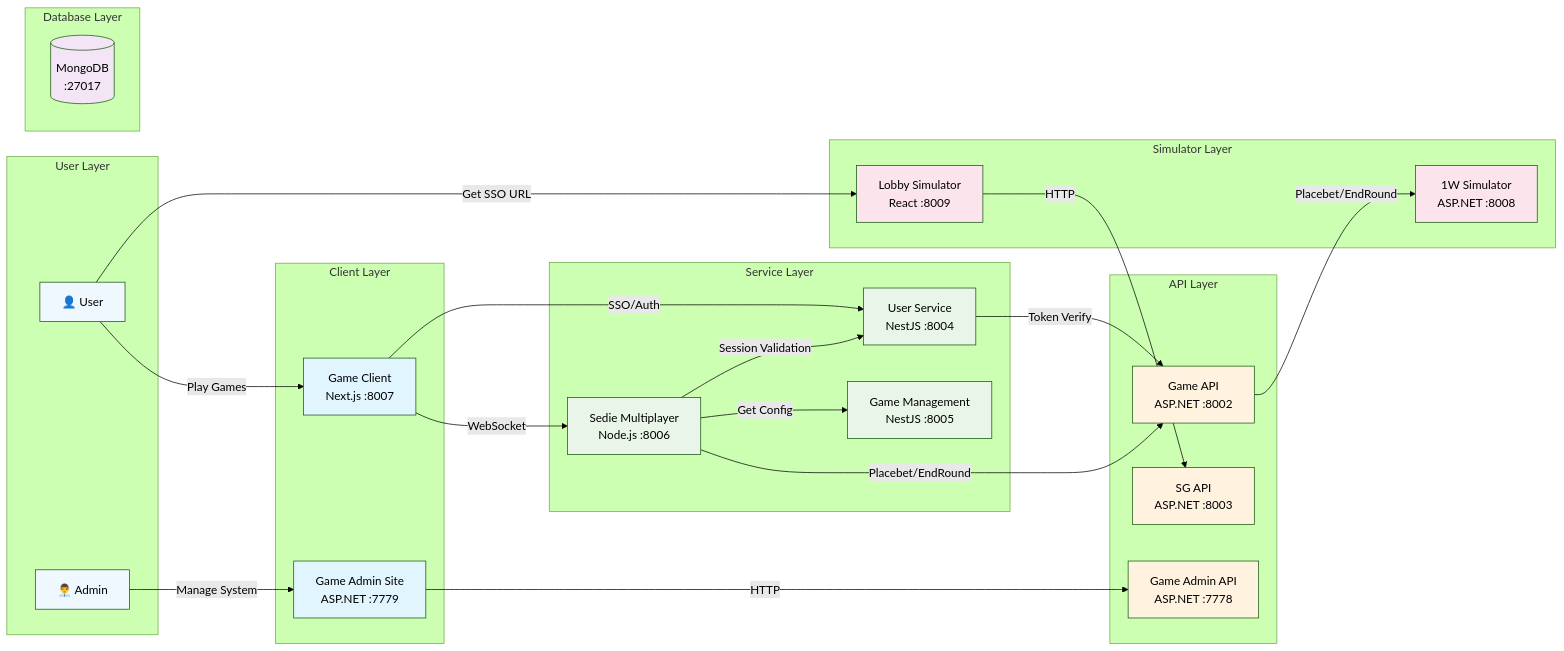
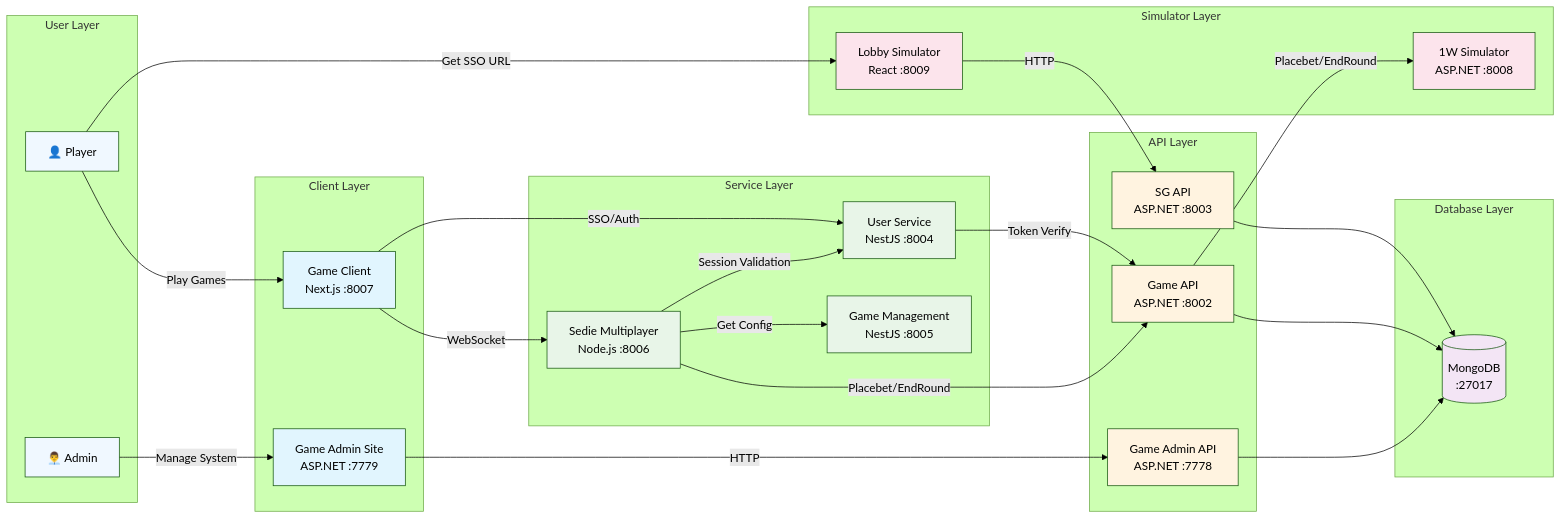
The first of 2 diagrams in README.md (starixvn/l1_training_backend-training), drawn with Mermaid (forest theme) before and after one commit.

Commit message:
docs: update README.md to reflect changes in user terminology and clarify database connections in the architecture diagram

````diff
--- a/README.md
+++ b/README.md
@@ -69,70 +69,75 @@
 ```mermaid
 graph LR
     subgraph "User Layer"
-        USER[👤 User]
+        USER[👤 Player]
         ADMIN[👨‍💼 Admin]
     end
 
     subgraph "Client Layer"
         GC[Game Client<br/>Next.js :8007]
         GAS[Game Admin Site<br/>ASP.NET :7779]
     end
 
     subgraph "API Layer"
+        SGAPI[SG API<br/>ASP.NET :8003]
         LWEB[Game API<br/>ASP.NET :8002]
-        SGAPI[SG API<br/>ASP.NET :8003]
         GAA[Game Admin API<br/>ASP.NET :7778]
     end
 
     subgraph "Service Layer"
         US[User Service<br/>NestJS :8004]
         SMS[Sedie Multiplayer<br/>Node.js :8006]
         GMS[Game Management<br/>NestJS :8005]
     end
 
     subgraph "Simulator Layer"
         OWS[1W Simulator<br/>ASP.NET :8008]
         LS[Lobby Simulator<br/>React :8009]
     end
 
     subgraph "Database Layer"
         MONGO[(MongoDB<br/>:27017)]
     end
 
     %% User Interactions
     USER -->|Play Games| GC
     USER -->|Get SSO URL| LS
     ADMIN -->|Manage System| GAS
 
     %% Core Client Connections
     GC -->|SSO/Auth| US
     GC -->|WebSocket| SMS
 
     LS -->|HTTP| SGAPI
 
     GAS -->|HTTP| GAA
 
     %% Core Service Dependencies
     US -->|Token Verify| LWEB
     SMS -->|Get Config| GMS
     SMS -->|Placebet/EndRound| LWEB
     SMS -->|Session Validation| US
     LWEB -->|Placebet/EndRound| OWS
 
+    %% Database Connections
+    SGAPI --> MONGO
+    LWEB --> MONGO
+    GAA --> MONGO
+
 
 
     %% Styling
     classDef userLayer fill:#f0f8ff
     classDef clientLayer fill:#e1f5fe
     classDef apiLayer fill:#fff3e0
     classDef serviceLayer fill:#e8f5e8
     classDef simLayer fill:#fce4ec
     classDef dbLayer fill:#f3e5f5
 
     class USER,ADMIN userLayer
     class GC,GAS clientLayer
     class LWEB,SGAPI,GAA apiLayer
     class US,SMS,GMS serviceLayer
     class LS,OWS simLayer
     class MONGO dbLayer
 ```
````
